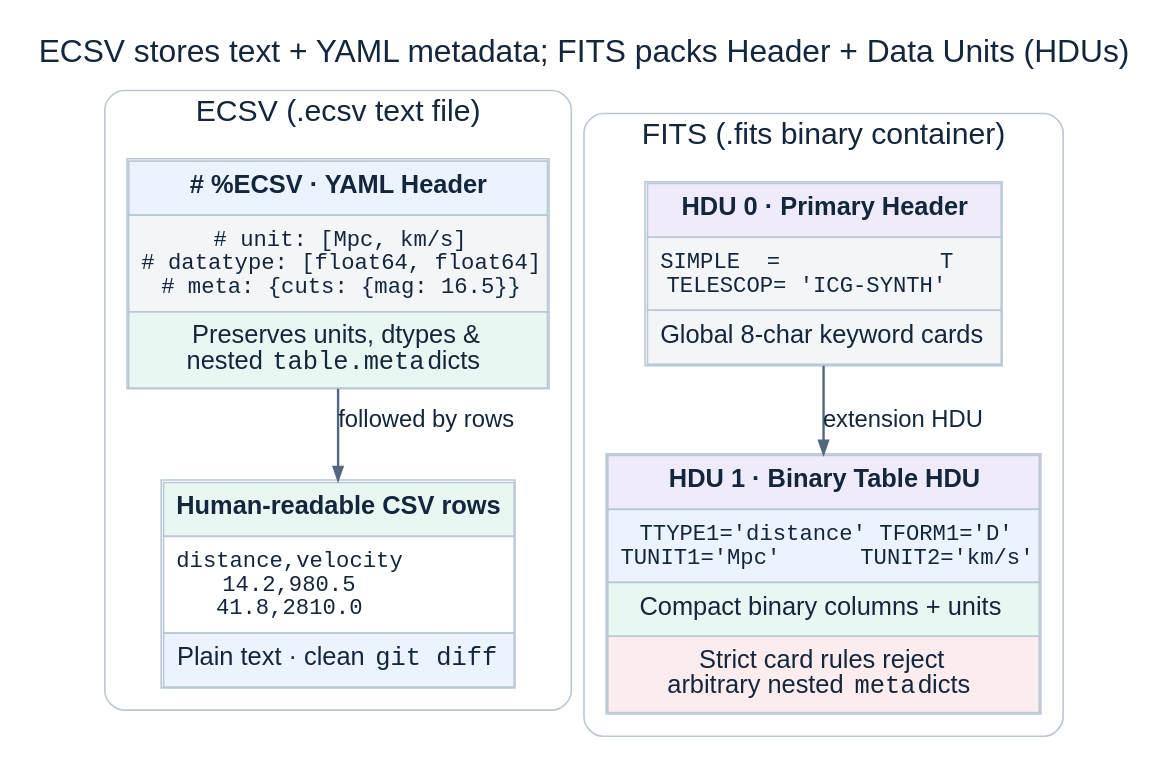
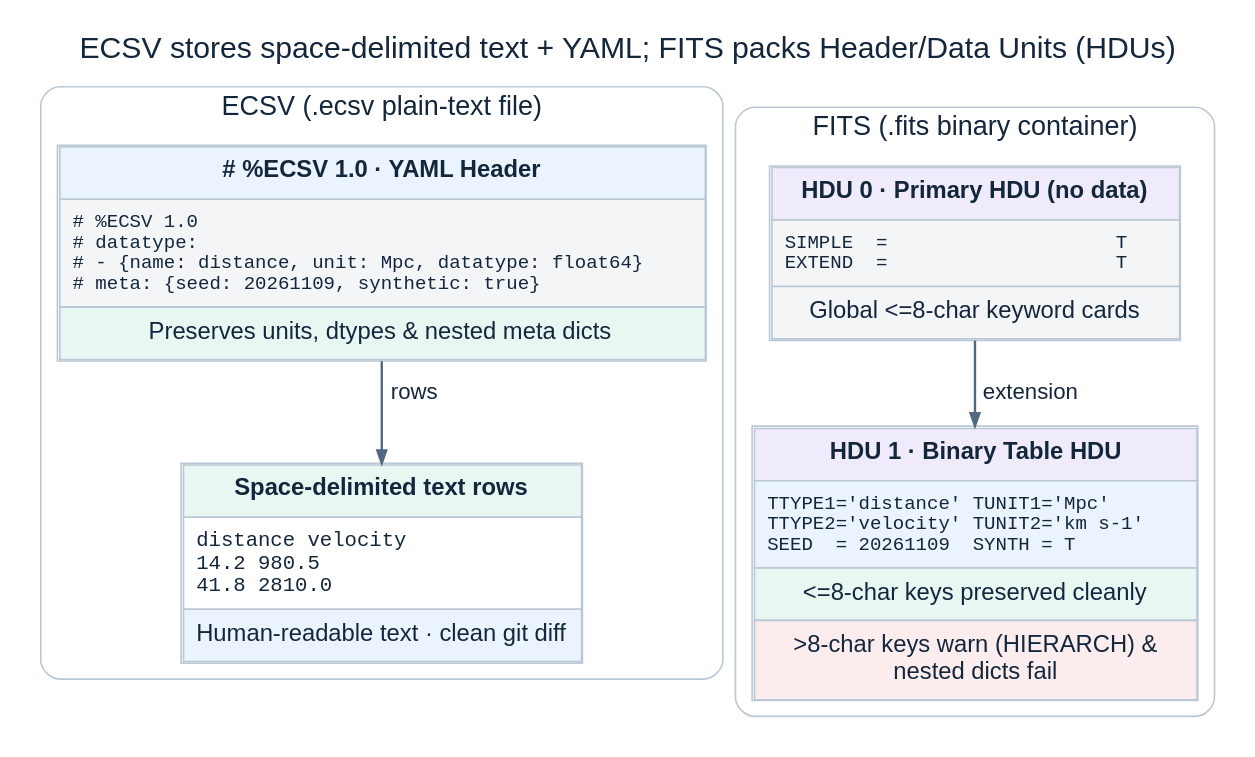
Before and after one commit to xangma/jupyter_data_languages: the diagram in book/diagrams/fits-vs-ecsv.dot, drawn with Graphviz. The commit also changed 15 other files, not shown here.

```diff
--- a/book/diagrams/fits-vs-ecsv.dot
+++ b/book/diagrams/fits-vs-ecsv.dot
@@ -1,66 +1,66 @@
 // Source: 01-catalogue.ipynb; Astropy Table serialization comparison (ECSV vs FITS).
 digraph fits_vs_ecsv {
   graph [
-    bgcolor="white", fontname="Arial", fontsize=20, fontcolor="#14263C",
-    label="ECSV stores text + YAML metadata; FITS packs Header + Data Units (HDUs)",
-    labelloc=t, rankdir=TB, newrank=true, nodesep=0.28, ranksep=0.34, pad=0.16
+    bgcolor="white", fontname="Arial", fontsize=19, fontcolor="#14263C",
+    label="ECSV stores space-delimited text + YAML; FITS packs Header/Data Units (HDUs)",
+    labelloc=t, rankdir=TB, newrank=true, nodesep=0.18, ranksep=0.36, pad=0.14
   ];
   node [
-    shape=plain, fontname="Arial", fontsize=16, fontcolor="#14263C",
+    shape=plain, fontname="Arial", fontsize=15, fontcolor="#14263C",
     color="#BAC7D5", penwidth=1.4
   ];
   edge [
-    fontname="Arial", fontsize=15, fontcolor="#14263C",
+    fontname="Arial", fontsize=14, fontcolor="#14263C",
     color="#526780", penwidth=1.5, arrowsize=0.8
   ];
 
   subgraph cluster_ecsv {
-    label="ECSV (.ecsv text file)";
-    fontsize=19; style="rounded"; color="#BAC7D5"; margin=14;
+    label="ECSV (.ecsv plain-text file)";
+    fontsize=17; style="rounded"; color="#BAC7D5"; margin=10;
 
     ecsv_hdr [label=<
       <TABLE BORDER="1" CELLBORDER="1" CELLSPACING="0" CELLPADDING="7" COLOR="#BAC7D5">
-        <TR><TD BGCOLOR="#EAF3FE"><B># %ECSV · YAML Header</B></TD></TR>
-        <TR><TD ALIGN="LEFT" BGCOLOR="#F3F5F7"><FONT FACE="Courier New" POINT-SIZE="14"># unit: [Mpc, km/s]<BR/># datatype: [float64, float64]<BR/># meta: {cuts: {mag: 16.5}}</FONT></TD></TR>
-        <TR><TD BGCOLOR="#E9F7F2">Preserves units, dtypes &amp;<BR/>nested <FONT FACE="Courier New">table.meta</FONT> dicts</TD></TR>
+        <TR><TD BGCOLOR="#EAF3FE"><B># %ECSV 1.0 · YAML Header</B></TD></TR>
+        <TR><TD ALIGN="LEFT" BGCOLOR="#F3F5F7"><FONT FACE="Courier New" POINT-SIZE="12.5"># %ECSV 1.0<BR ALIGN="LEFT"/># datatype:<BR ALIGN="LEFT"/># - {name: distance, unit: Mpc, datatype: float64}&#160;&#160;<BR ALIGN="LEFT"/># meta: {seed: 20261109, synthetic: true}&#160;&#160;<BR ALIGN="LEFT"/></FONT></TD></TR>
+        <TR><TD BGCOLOR="#E9F7F2">Preserves units, dtypes &amp; nested meta dicts</TD></TR>
       </TABLE>
     >];
 
     ecsv_body [label=<
       <TABLE BORDER="1" CELLBORDER="1" CELLSPACING="0" CELLPADDING="7" COLOR="#BAC7D5">
-        <TR><TD BGCOLOR="#E9F7F2"><B>Human-readable CSV rows</B></TD></TR>
-        <TR><TD ALIGN="LEFT" BGCOLOR="#FFFFFF"><FONT FACE="Courier New" POINT-SIZE="14">distance,velocity<BR/>14.2,980.5<BR/>41.8,2810.0</FONT></TD></TR>
-        <TR><TD BGCOLOR="#EAF3FE">Plain text · clean <FONT FACE="Courier New">git diff</FONT></TD></TR>
+        <TR><TD BGCOLOR="#E9F7F2"><B>Space-delimited text rows</B></TD></TR>
+        <TR><TD ALIGN="LEFT" BGCOLOR="#FFFFFF"><FONT FACE="Courier New" POINT-SIZE="13">distance velocity&#160;&#160;<BR ALIGN="LEFT"/>14.2 980.5&#160;&#160;<BR ALIGN="LEFT"/>41.8 2810.0&#160;&#160;<BR ALIGN="LEFT"/></FONT></TD></TR>
+        <TR><TD BGCOLOR="#EAF3FE">Human-readable text · clean git diff</TD></TR>
       </TABLE>
     >];
 
-    ecsv_hdr -> ecsv_body [label="followed by rows"];
+    ecsv_hdr -> ecsv_body [label="  rows"];
   }
 
   subgraph cluster_fits {
     label="FITS (.fits binary container)";
-    fontsize=19; style="rounded"; color="#BAC7D5"; margin=14;
+    fontsize=17; style="rounded"; color="#BAC7D5"; margin=10;
 
     fits_hdu0 [label=<
       <TABLE BORDER="1" CELLBORDER="1" CELLSPACING="0" CELLPADDING="7" COLOR="#BAC7D5">
-        <TR><TD BGCOLOR="#F0EBFA"><B>HDU 0 · Primary Header</B></TD></TR>
-        <TR><TD ALIGN="LEFT" BGCOLOR="#F3F5F7"><FONT FACE="Courier New" POINT-SIZE="14">SIMPLE  =            T<BR/>TELESCOP= 'ICG-SYNTH'</FONT></TD></TR>
-        <TR><TD BGCOLOR="#F3F5F7">Global 8-char keyword cards</TD></TR>
+        <TR><TD BGCOLOR="#F0EBFA"><B>HDU 0 · Primary HDU (no data)</B></TD></TR>
+        <TR><TD ALIGN="LEFT" BGCOLOR="#F3F5F7"><FONT FACE="Courier New" POINT-SIZE="12.5">SIMPLE  =                    T&#160;&#160;<BR ALIGN="LEFT"/>EXTEND  =                    T&#160;&#160;<BR ALIGN="LEFT"/></FONT></TD></TR>
+        <TR><TD BGCOLOR="#F3F5F7">Global &lt;=8-char keyword cards</TD></TR>
       </TABLE>
     >];
 
     fits_hdu1 [label=<
       <TABLE BORDER="1" CELLBORDER="1" CELLSPACING="0" CELLPADDING="7" COLOR="#BAC7D5">
         <TR><TD BGCOLOR="#F0EBFA"><B>HDU 1 · Binary Table HDU</B></TD></TR>
-        <TR><TD ALIGN="LEFT" BGCOLOR="#EAF3FE"><FONT FACE="Courier New" POINT-SIZE="14">TTYPE1='distance' TFORM1='D'<BR/>TUNIT1='Mpc'      TUNIT2='km/s'</FONT></TD></TR>
-        <TR><TD BGCOLOR="#E9F7F2">Compact binary columns + units</TD></TR>
-        <TR><TD BGCOLOR="#FBEDED">Strict card rules reject<BR/>arbitrary nested <FONT FACE="Courier New">meta</FONT> dicts</TD></TR>
+        <TR><TD ALIGN="LEFT" BGCOLOR="#EAF3FE"><FONT FACE="Courier New" POINT-SIZE="12.5">TTYPE1='distance' TUNIT1='Mpc'&#160;&#160;<BR ALIGN="LEFT"/>TTYPE2='velocity' TUNIT2='km s-1'&#160;&#160;<BR ALIGN="LEFT"/>SEED  = 20261109  SYNTH = T&#160;&#160;<BR ALIGN="LEFT"/></FONT></TD></TR>
+        <TR><TD BGCOLOR="#E9F7F2">&lt;=8-char keys preserved cleanly</TD></TR>
+        <TR><TD BGCOLOR="#FBEDED">&gt;8-char keys warn (HIERARCH) &amp;<BR/>nested dicts fail</TD></TR>
       </TABLE>
     >];
 
-    fits_hdu0 -> fits_hdu1 [label="extension HDU"];
+    fits_hdu0 -> fits_hdu1 [label="  extension"];
   }
 
   { rank=same; ecsv_hdr; fits_hdu0; }
   { rank=same; ecsv_body; fits_hdu1; }
 }
```
